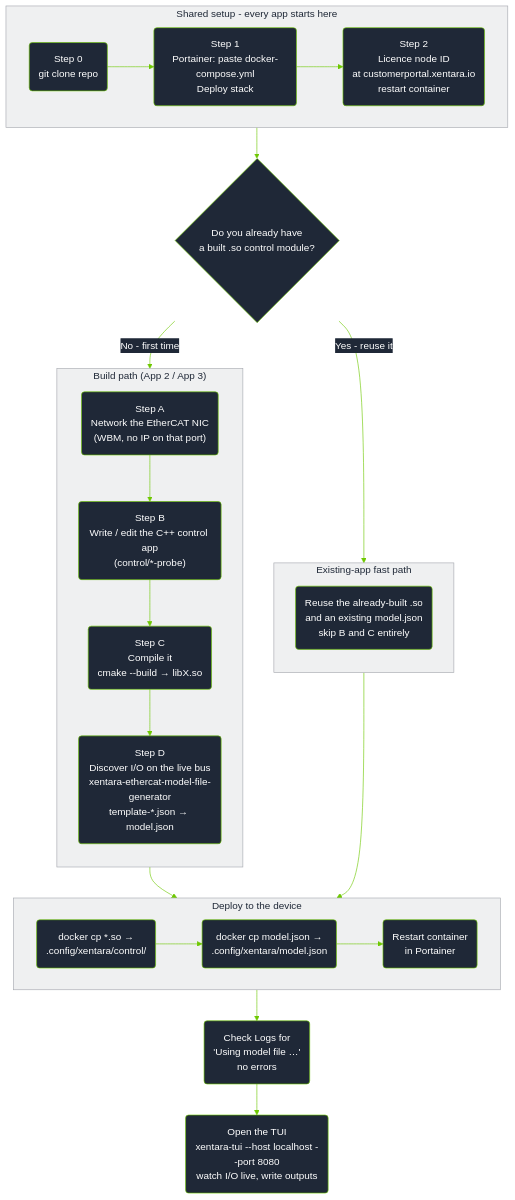
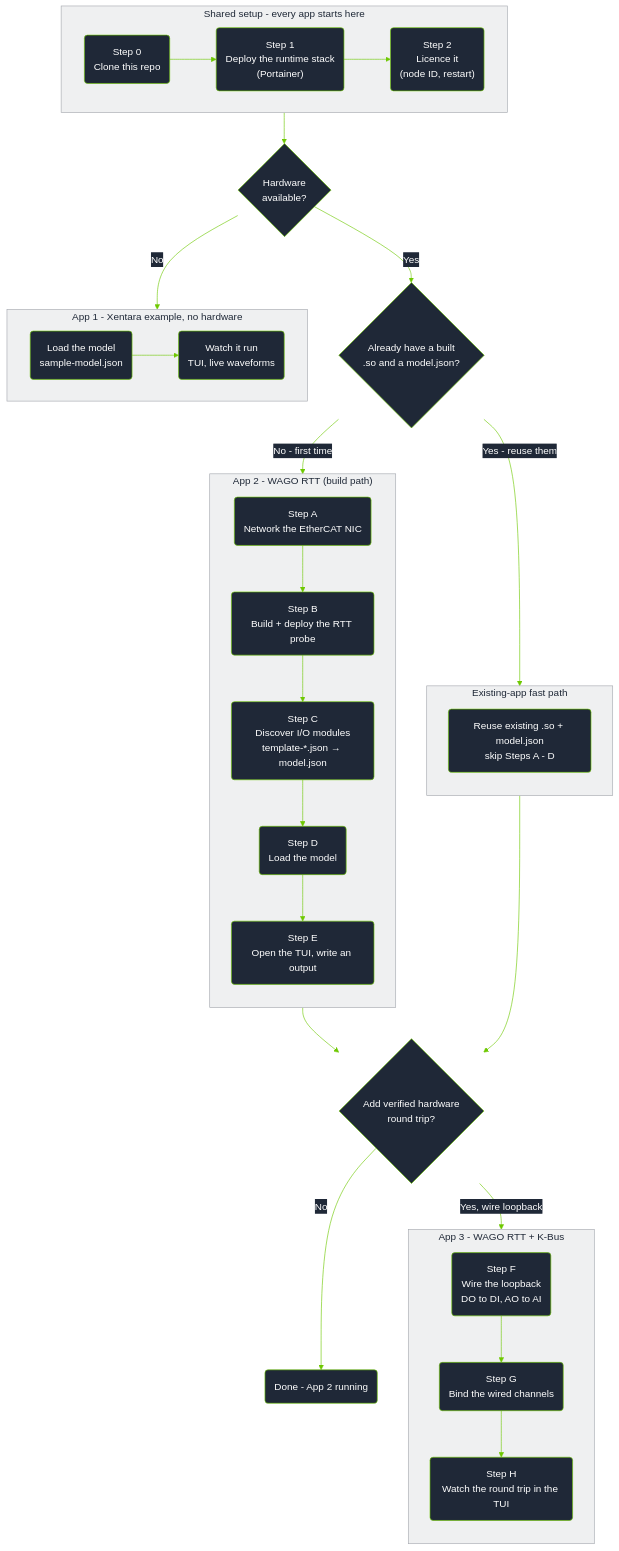
Before and after one commit to WagoAlex/wago-xentara-example: the second of 2 diagrams in README.md, drawn with Mermaid. The commit also changed other lines of this file, not shown here.

Commit message:
docs: restructure README around no-hw/with-hw tracks, split workflow diagram into overview + detailed reference

````diff
--- a/README.md
+++ b/README.md
@@ -79,59 +542,71 @@
 ```mermaid
 %%{init: {'theme':'base', 'themeVariables': {
   'primaryColor':'#1F2837',
   'primaryTextColor':'#ffffff',
   'primaryBorderColor':'#6EC800',
   'lineColor':'#6EC800',
   'secondaryColor':'#EFF0F1',
   'secondaryTextColor':'#1F2837',
   'secondaryBorderColor':'#A5A8AF',
   'tertiaryColor':'#FFFFFF',
   'tertiaryTextColor':'#1F2837',
   'tertiaryBorderColor':'#DEDFE1',
   'fontFamily':'Segoe UI, Helvetica, Arial, sans-serif',
   'clusterBkg':'#EFF0F1',
   'clusterBorder':'#A5A8AF',
   'edgeLabelBackground':'#1F2837'
 }}}%%
 flowchart TB
     subgraph Setup["Shared setup - every app starts here"]
         direction LR
-        S0("Step 0<br/>git clone repo")
-        S1("Step 1<br/>Portainer: paste docker-compose.yml<br/>Deploy stack")
-        S2("Step 2<br/>Licence node ID<br/>at customerportal.xentara.io<br/>restart container")
+        S0("Step 0<br/>Clone this repo")
+        S1("Step 1<br/>Deploy the runtime stack<br/>(Portainer)")
+        S2("Step 2<br/>Licence it<br/>(node ID, restart)")
         S0 --> S1 --> S2
     end
 
-    S2 --> Decide{"Do you already have<br/>a built .so control module?"}
+    S2 --> Track{"Hardware<br/>available?"}
 
-    Decide -- "No - first time" --> Build
-    Decide -- "Yes - reuse it" --> Skip
+    Track -- "No" --> App1
 
-    subgraph Build["Build path (App 2 / App 3)"]
-        direction TB
-        BA("Step A<br/>Network the EtherCAT NIC<br/>(WBM, no IP on that port)")
-        BB("Step B<br/>Write / edit the C++ control app<br/>(control/*-probe)")
-        BC("Step C<br/>Compile it<br/>cmake --build → libX.so")
-        BD("Step D<br/>Discover I/O on the live bus<br/>xentara-ethercat-model-file-generator<br/>template-*.json → model.json")
-        BA --> BB --> BC --> BD
+    subgraph App1["App 1 - Xentara example, no hardware"]
+        direction LR
+        A1("Load the model<br/>sample-model.json")
+        A2("Watch it run<br/>TUI, live waveforms")
+        A1 --> A2
     end
 
-    subgraph Skip["Existing-app fast path"]
+    Track -- "Yes" --> Reuse{"Already have a built<br/>.so and a model.json?"}
+
+    Reuse -- "No - first time" --> App2Build
+    Reuse -- "Yes - reuse them" --> FastPath
+
+    subgraph App2Build["App 2 - WAGO RTT (build path)"]
         direction TB
-        XA("Reuse the already-built .so<br/>and an existing model.json<br/>skip B and C entirely")
+        BA("Step A<br/>Network the EtherCAT NIC")
+        BB("Step B<br/>Build + deploy the RTT probe")
+        BC("Step C<br/>Discover I/O modules<br/>template-*.json → model.json")
+        BD("Step D<br/>Load the model")
+        BE("Step E<br/>Open the TUI, write an output")
+        BA --> BB --> BC --> BD --> BE
     end
 
-    Build --> Deploy
-    Skip --> Deploy
-
-    subgraph Deploy["Deploy to the device"]
-        direction LR
-        DA("docker cp *.so →<br/>.config/xentara/control/")
-        DB("docker cp model.json →<br/>.config/xentara/model.json")
-        DC("Restart container<br/>in Portainer")
-        DA --> DB --> DC
+    subgraph FastPath["Existing-app fast path"]
+        direction TB
+        FA("Reuse existing .so + model.json<br/>skip Steps A - D")
     end
 
-    Deploy --> Verify("Check Logs for<br/>'Using model file …'<br/>no errors")
-    Verify --> Run("Open the TUI<br/>xentara-tui --host localhost --port 8080<br/>watch I/O live, write outputs")
+    App2Build --> App2Done{"Add verified hardware<br/>round trip?"}
+    FastPath --> App2Done
+
+    App2Done -- "No" --> Done("Done - App 2 running")
+    App2Done -- "Yes, wire loopback" --> App3
+
+    subgraph App3["App 3 - WAGO RTT + K-Bus"]
+        direction TB
+        CF("Step F<br/>Wire the loopback<br/>DO to DI, AO to AI")
+        CG("Step G<br/>Bind the wired channels")
+        CH("Step H<br/>Watch the round trip in the TUI")
+        CF --> CG --> CH
+    end
 ```
````
